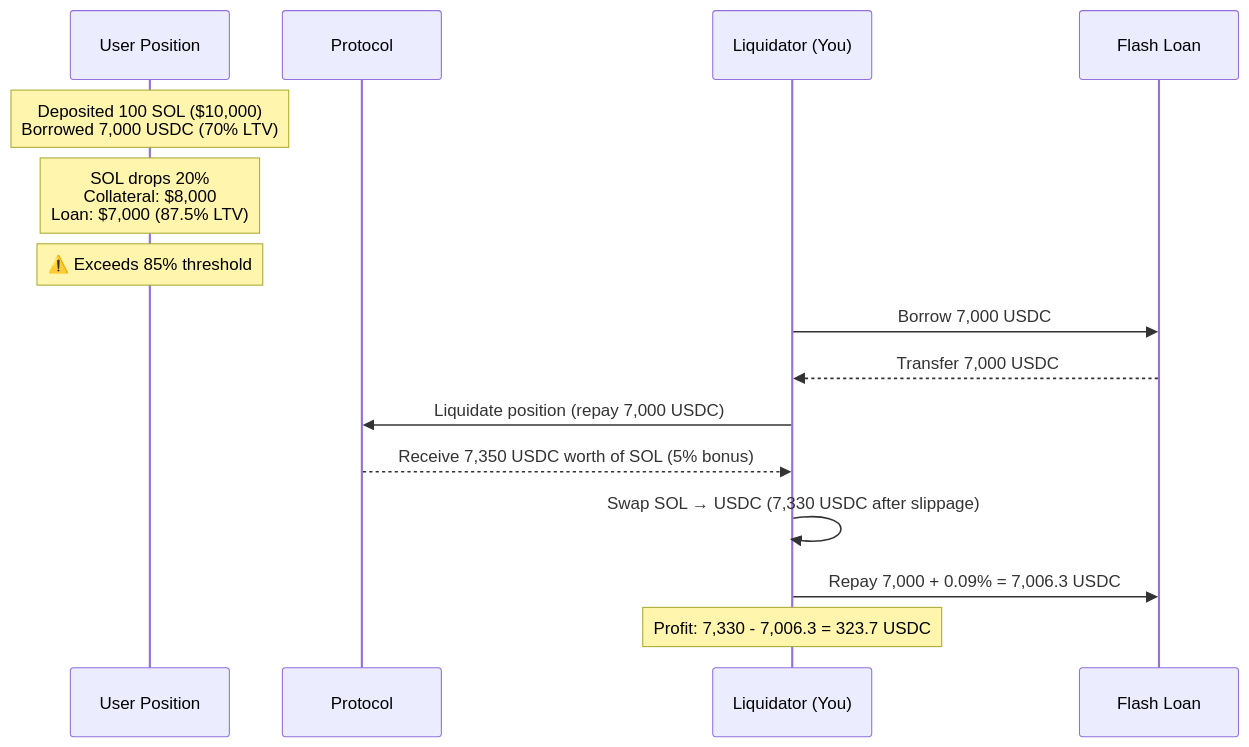
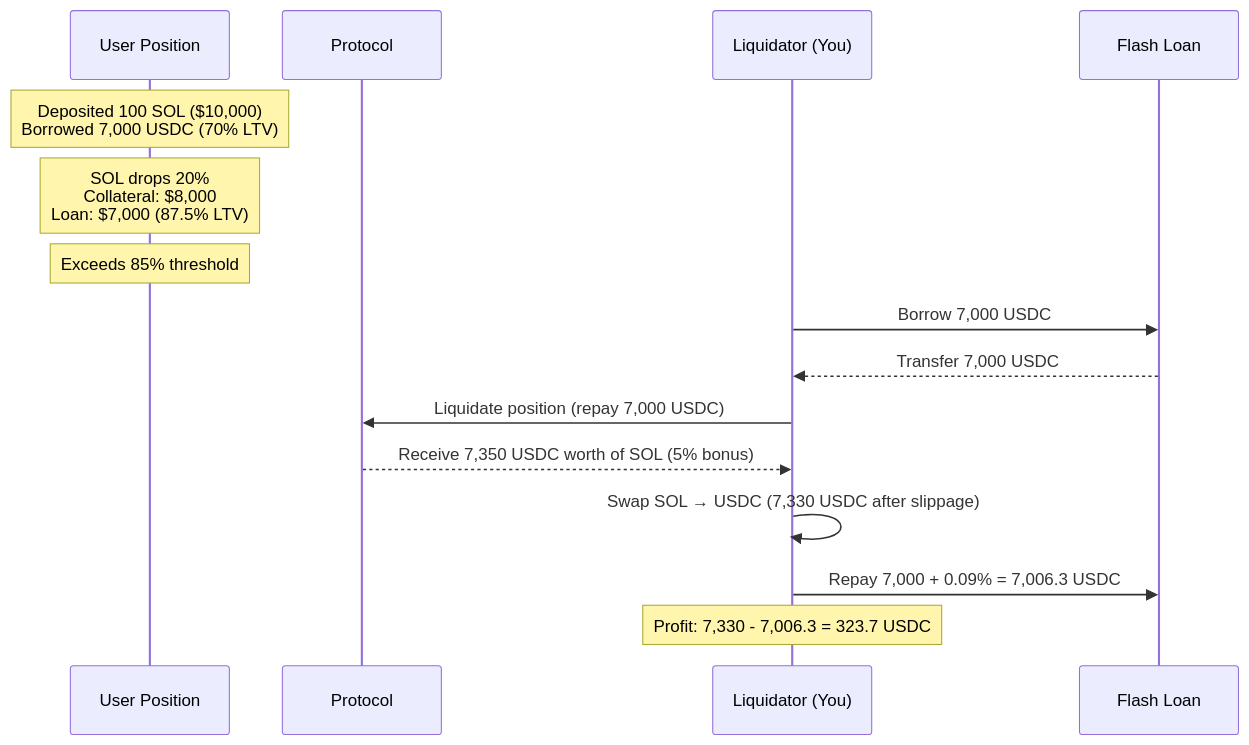
One commit to openSVM/solisp-book changed the seventh of 28 diagrams in src/19_flash_loan_sniping.md. Above: the diagram before and after it, drawn with Mermaid. The commit also changed other lines of this file and 20 other files, not shown here.

````diff
--- a/src/19_flash_loan_sniping.md
+++ b/src/19_flash_loan_sniping.md
@@ -493,19 +493,19 @@
 ```mermaid
 sequenceDiagram
     participant U as User Position
     participant P as Protocol
     participant L as Liquidator (You)
     participant FL as Flash Loan
 
     Note over U: Deposited 100 SOL ($10,000)<br/>Borrowed 7,000 USDC (70% LTV)
     Note over U: SOL drops 20%<br/>Collateral: $8,000<br/>Loan: $7,000 (87.5% LTV)
-    Note over U: ⚠️ Exceeds 85% threshold
+    Note over U:  Exceeds 85% threshold
 
     L->>FL: Borrow 7,000 USDC
     FL-->>L: Transfer 7,000 USDC
     L->>P: Liquidate position (repay 7,000 USDC)
     P-->>L: Receive 7,350 USDC worth of SOL (5% bonus)
     L->>L: Swap SOL → USDC (7,330 USDC after slippage)
     L->>FL: Repay 7,000 + 0.09% = 7,006.3 USDC
     Note over L: Profit: 7,330 - 7,006.3 = 323.7 USDC
 ```
````
